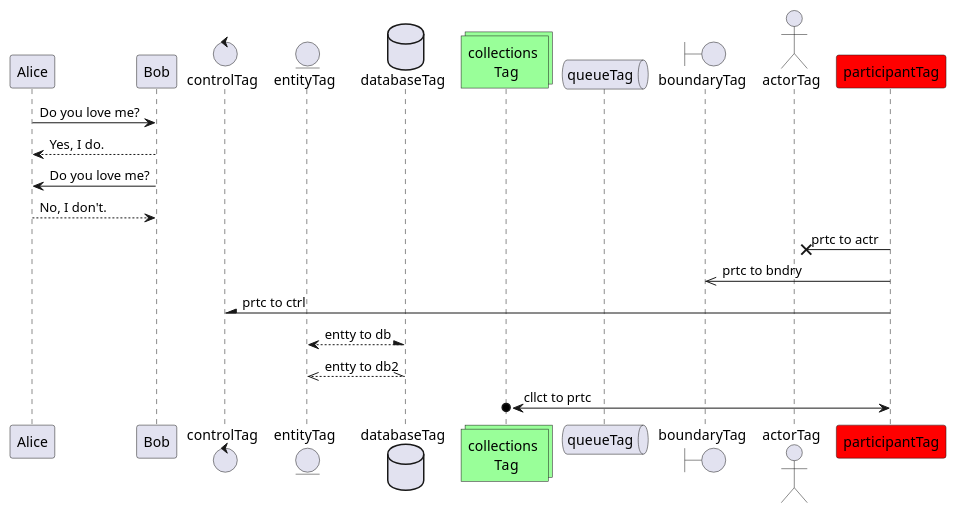
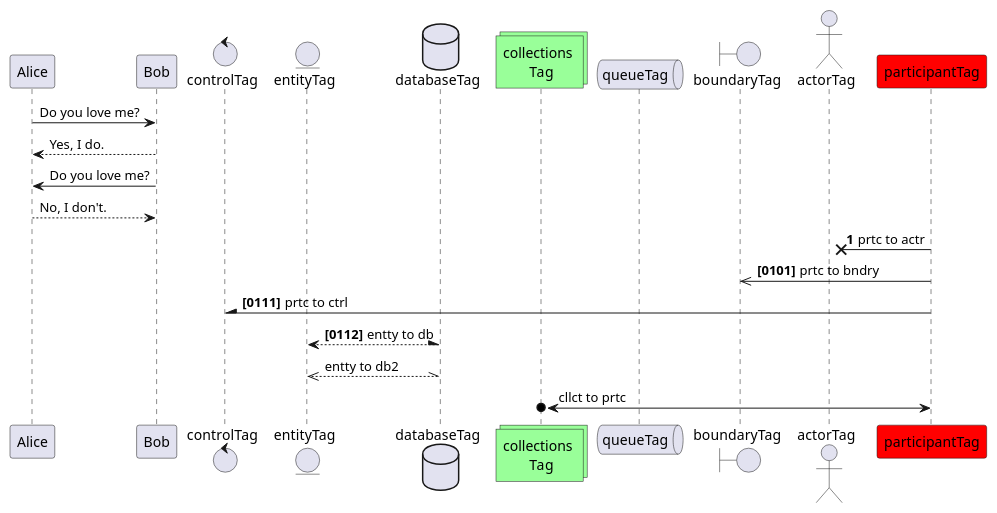
Before and after one commit to communication-engineer-ikz/plant-uml-playground: the diagram in sequence-diagram.pu, drawn with PlantUML.

Commit message:
自動採番を追加

```diff
--- a/sequence-diagram.pu
+++ b/sequence-diagram.pu
@@ -1,25 +1,29 @@
 @startuml sequence-diagram
 Alice -> Bob: Do you love me?
 Bob --> Alice: Yes, I do.
 
 Alice <- Bob: Do you love me?
 Bob <-- Alice: No, I don't.
 
 participant participantTag as prtc order 30 #Red 
 ' comment
 actor actorTag as actr order 20
 boundary boundaryTag as bndry order 10
 control controlTag as ctrl
 entity entityTag as entty
 database databaseTag as db
 collections "collections \n Tag" as cllct #99FF99
 queue queueTag as q
 
+autonumber
 prtc ->x actr: prtc to actr
+autonumber 101 10 "<b>[0000]"
 prtc ->> bndry: prtc to bndry
+autonumber resume 1 "<b>[0000]"
 prtc -\ ctrl: prtc to ctrl
 entty <--\ db: entty to db
+autonumber stop
 entty //--\\ db: entty to db2
 cllct o<-> prtc: cllct to prtc
 
 @enduml
```
